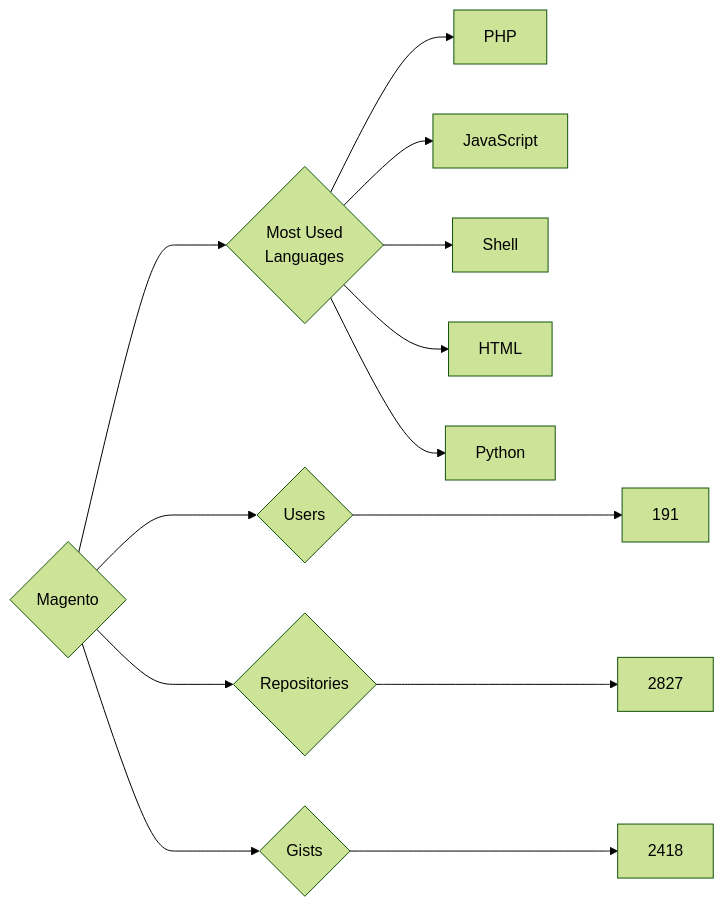
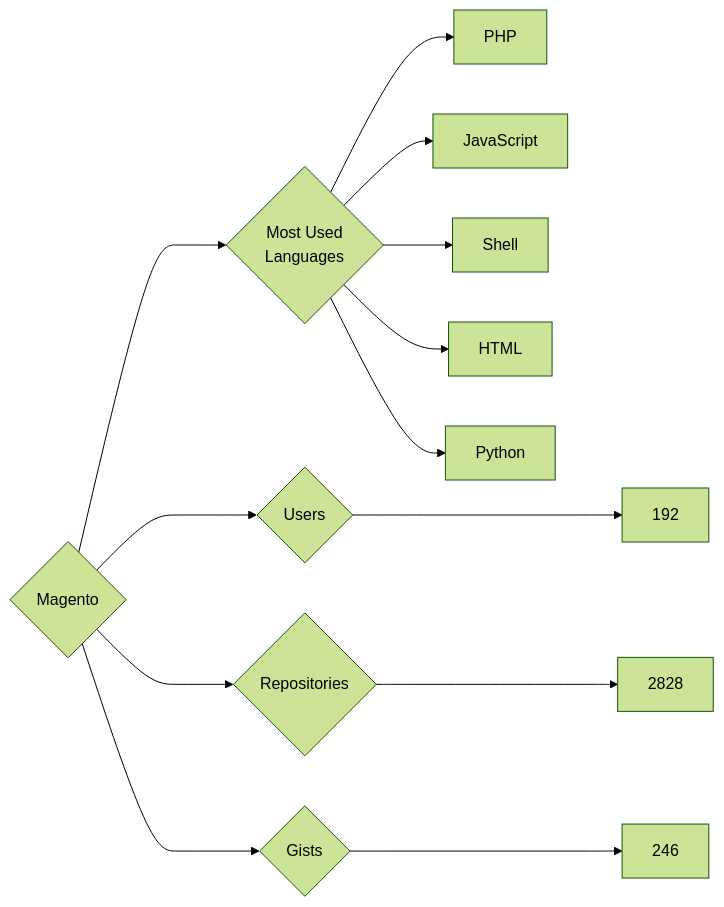
The diagram in targets/Magento/README.md (trickest/insiders), drawn with Mermaid (forest theme) before and after one commit. The commit also changed 545 other files, not shown here.

````diff
--- a/targets/Magento/README.md
+++ b/targets/Magento/README.md
@@ -3,13 +3,13 @@
 ```mermaid
 graph LR
 COMPANY_NAME{Magento}
-COMPANY_NAME ---> U{Users} ---> UN[191]
-COMPANY_NAME ---> R{Repositories} ---> RN[2827]
-COMPANY_NAME ---> G{Gists} ---> GN[2418]
+COMPANY_NAME ---> U{Users} ---> UN[192]
+COMPANY_NAME ---> R{Repositories} ---> RN[2828]
+COMPANY_NAME ---> G{Gists} ---> GN[246]
 COMPANY_NAME ---> ML{Most Used<br>Languages}
 ML --> PHP[PHP]
 ML --> JavaScript[JavaScript]
 ML --> Shell[Shell]
 ML --> HTML[HTML]
 ML --> Python[Python]
 ```
````
